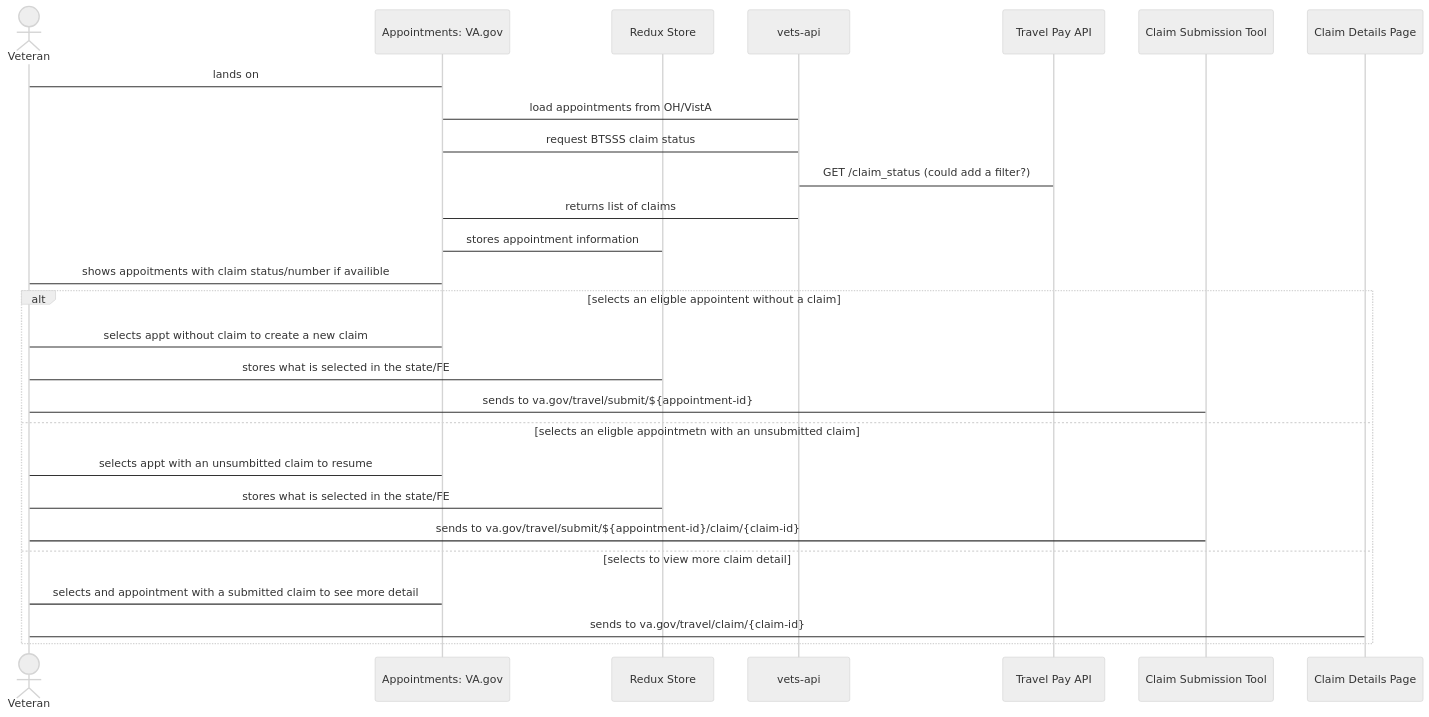
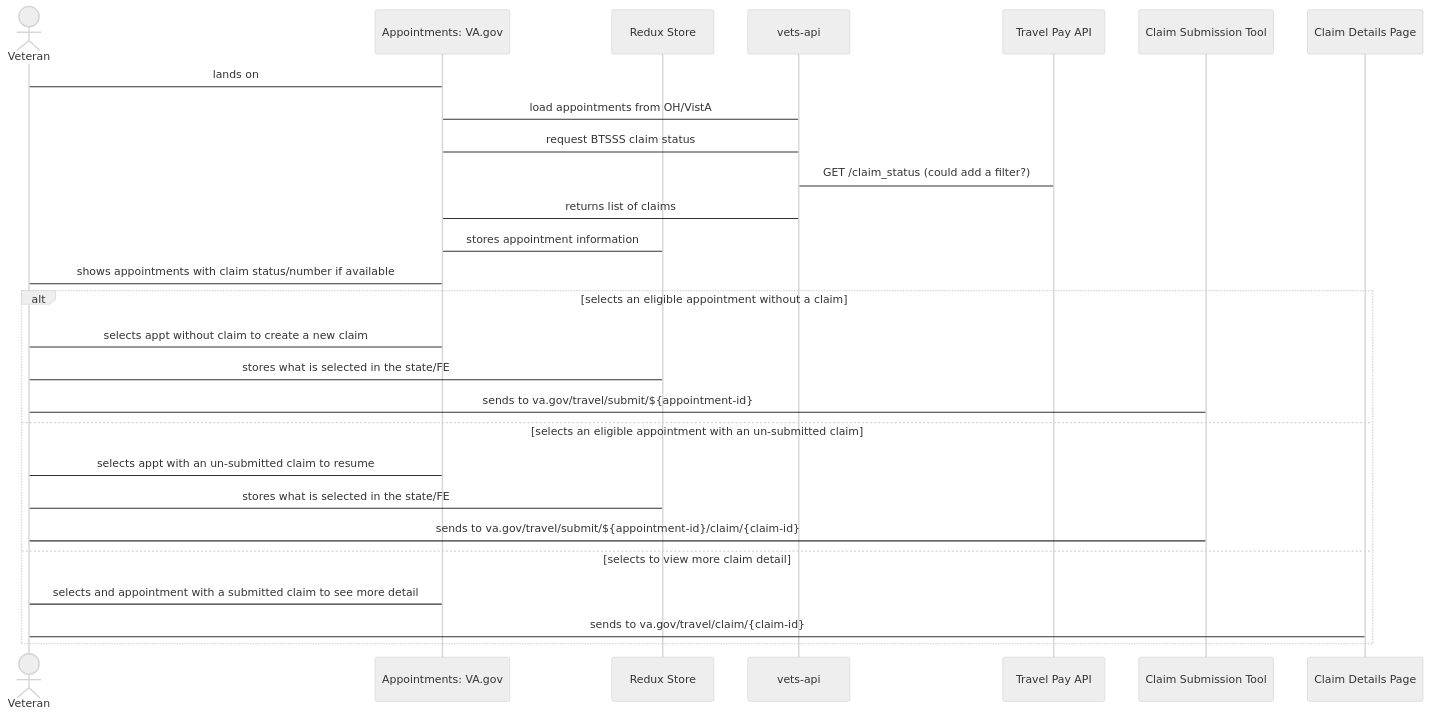
Before and after one commit to department-of-veterans-affairs/va.gov-team: the sixth of 7 diagrams in products/health-care/beneficiary-travel/engineering/high-level-sequence.md, drawn with Mermaid (neutral theme). The commit also changed other lines of this file and 1 other file, not shown here.

Commit message:
(travel pay) Added sequence idea, readme for submit claim

````diff
--- a/products/health-care/beneficiary-travel/engineering/high-level-sequence.md
+++ b/products/health-care/beneficiary-travel/engineering/high-level-sequence.md
@@ -263,32 +247,32 @@
 ``` mermaid
 sequenceDiagram
     actor vet as Veteran
     participant appts as Appointments: VA.gov
     participant redux as Redux Store
     participant vapi as vets-api
     participant tpapi as Travel Pay API
     participant submit as Claim Submission Tool
     participant claim_page as Claim Details Page
 
     vet -> appts: lands on 
     appts -> vapi: load appointments from OH/VistA
     appts -> vapi: request BTSSS claim status
     vapi -> tpapi: GET /claim_status (could add a filter?)
     vapi -> appts: returns list of claims
     appts -> redux: stores appointment information
-    appts -> vet: shows appoitments with claim status/number if availible
-    alt selects an eligble appointent without a claim
+    appts -> vet: shows appointments with claim status/number if available
+    alt selects an eligible appointment without a claim
         vet -> appts: selects appt without claim to create a new claim
         vet -> redux: stores what is selected in the state/FE
         vet -> submit: sends to va.gov/travel/submit/${appointment-id}
 
-    else selects an eligble appointmetn with an unsubmitted claim
-        vet -> appts: selects appt with an unsumbitted claim to resume
+    else selects an eligible appointment with an un-submitted claim
+        vet -> appts: selects appt with an un-submitted claim to resume
         vet -> redux: stores what is selected in the state/FE
         vet -> submit: sends to va.gov/travel/submit/${appointment-id}/claim/{claim-id}
     
     else selects to view more claim detail
         vet -> appts: selects and appointment with a submitted claim to see more detail
         vet -> claim_page: sends to va.gov/travel/claim/{claim-id}
     end
 ```
````
